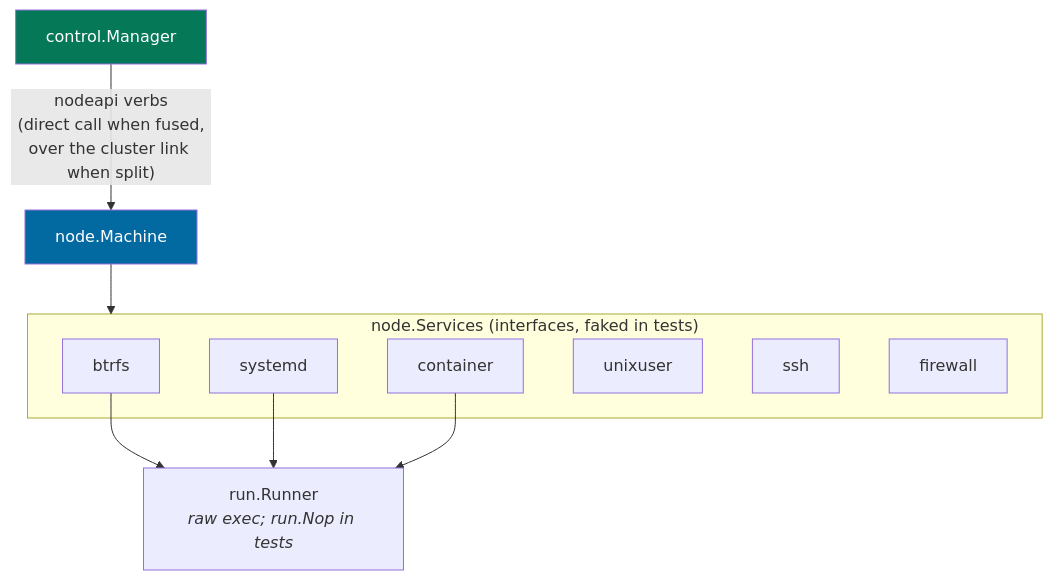
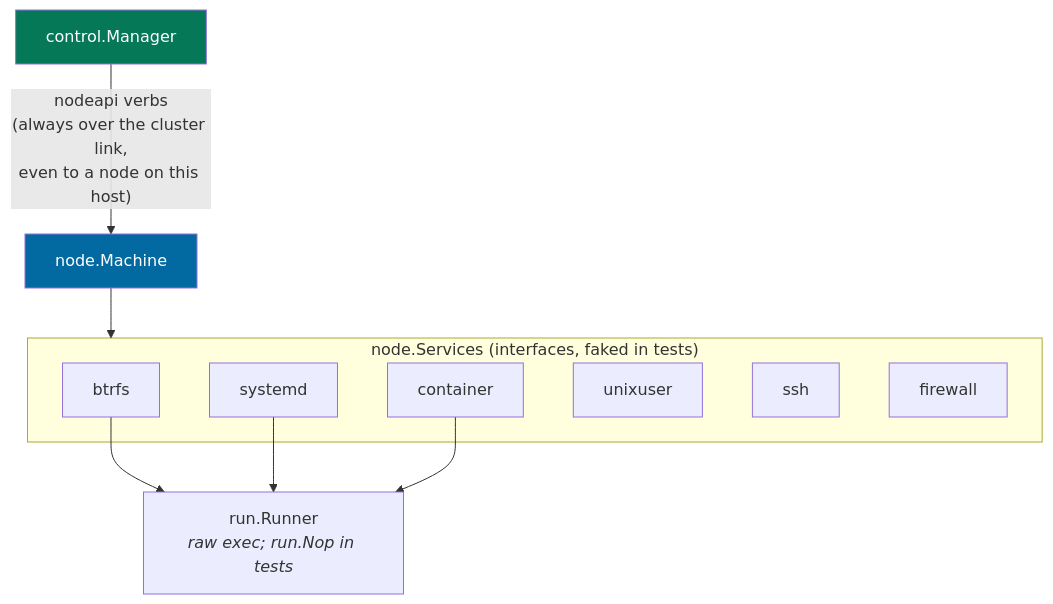
The diagram in docs/architecture/code-map.md (binwiederhier/hostit), drawn with Mermaid before and after one commit. The commit also changed 2 other files, not shown here.

Commit message:
control, docs: drop what the fused removal left behind
Two constants that bounded control's wait for a background teardown: that wait
is the node's now, and staticcheck had them as dead.

And the docs still described a daemon that could call the machine directly.
The code map's diagram said "direct call when fused", and the testing notes
described a Manager that embeds a Machine -- both now false, and both the kind
of stale sentence that teaches a reader the wrong model. The testing notes also
record why a test's node gets its own store: so it cannot read what only the
mirror would have carried.

````diff
--- a/docs/architecture/code-map.md
+++ b/docs/architecture/code-map.md
@@ -48,21 +48,21 @@
 ```mermaid
 flowchart TB
     mgr["control.Manager"]
     machine["node.Machine"]
     subgraph svc["node.Services (interfaces, faked in tests)"]
         btrfs
         systemd
         container
         unixuser
         sshp["ssh"]
         firewall
     end
     runner["run.Runner<br/><i>raw exec; run.Nop in tests</i>"]
-    mgr -->|"nodeapi verbs<br/>(direct call when fused,<br/>over the cluster link when split)"| machine
+    mgr -->|"nodeapi verbs<br/>(always over the cluster link,<br/>even to a node on this host)"| machine
     machine --> svc
     btrfs --> runner
     systemd --> runner
     container --> runner
     style mgr fill:#047857,color:#fff
     style machine fill:#0369a1,color:#fff
 ```
````
